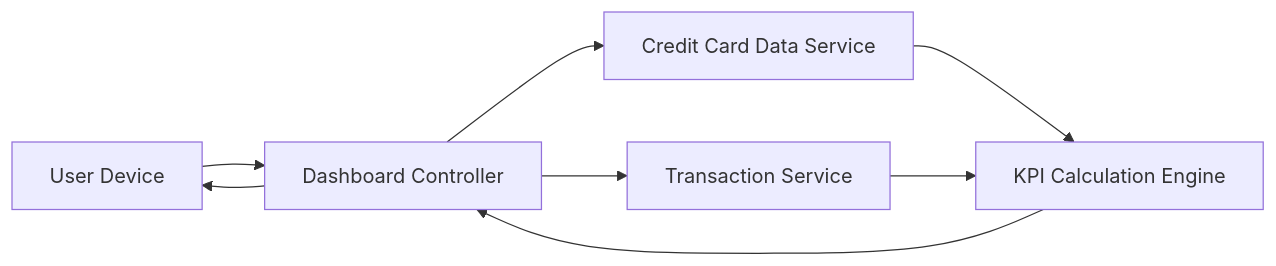
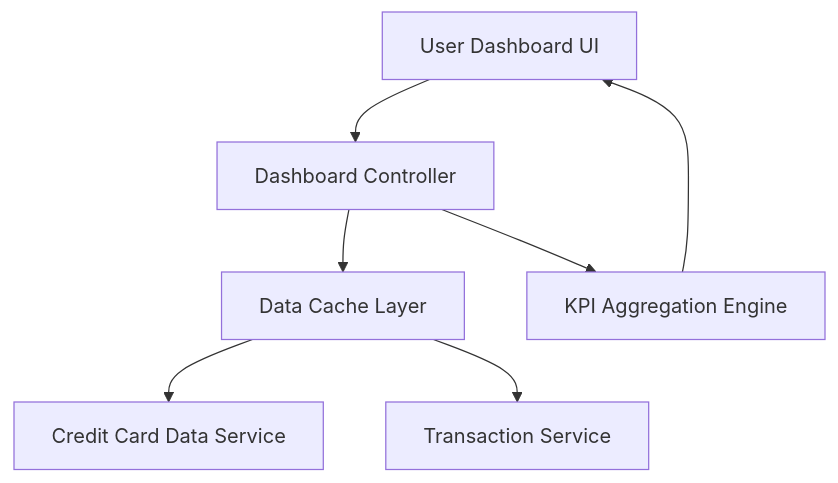
Before and after one commit to AAVA-Demo/APB_Demo: the diagram in HLD/QE-7684_HLD.md, drawn with Mermaid. The commit also changed other lines of this file and 5 other files, not shown here.

````diff
--- a/HLD/QE-7684_HLD.md
+++ b/HLD/QE-7684_HLD.md
@@ -7,15 +7,15 @@
 ```mermaid
-flowchart LR
-    A["User Device"]
+flowchart TD
+    A["User Dashboard UI"]
     B["Dashboard Controller"]
     C["Credit Card Data Service"]
     D["Transaction Service"]
-    E["KPI Calculation Engine"]
+    E["KPI Aggregation Engine"]
+    F["Data Cache Layer"]
     A --> B
-    B --> C
-    B --> D
-    C --> E
-    D --> E
-    E --> B
-    B --> A
+    B --> F
+    F --> C
+    F --> D
+    B --> E
+    E --> A
 ```
````
